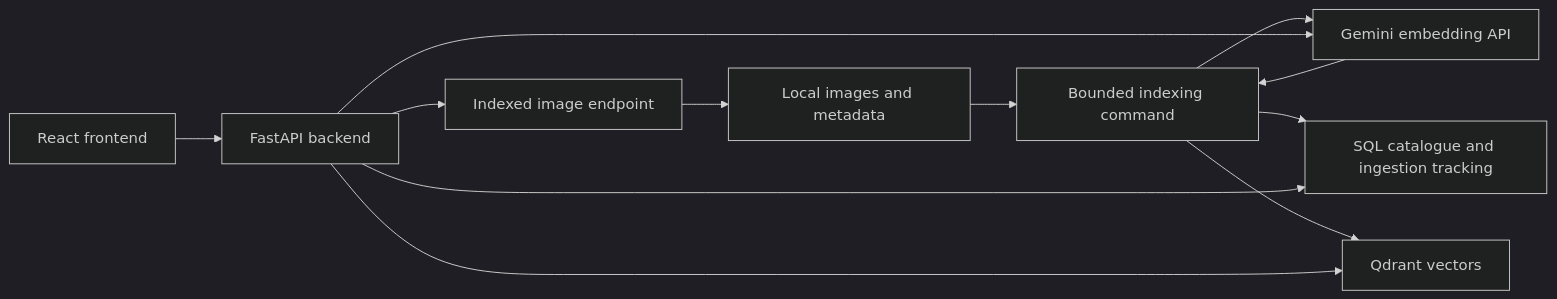
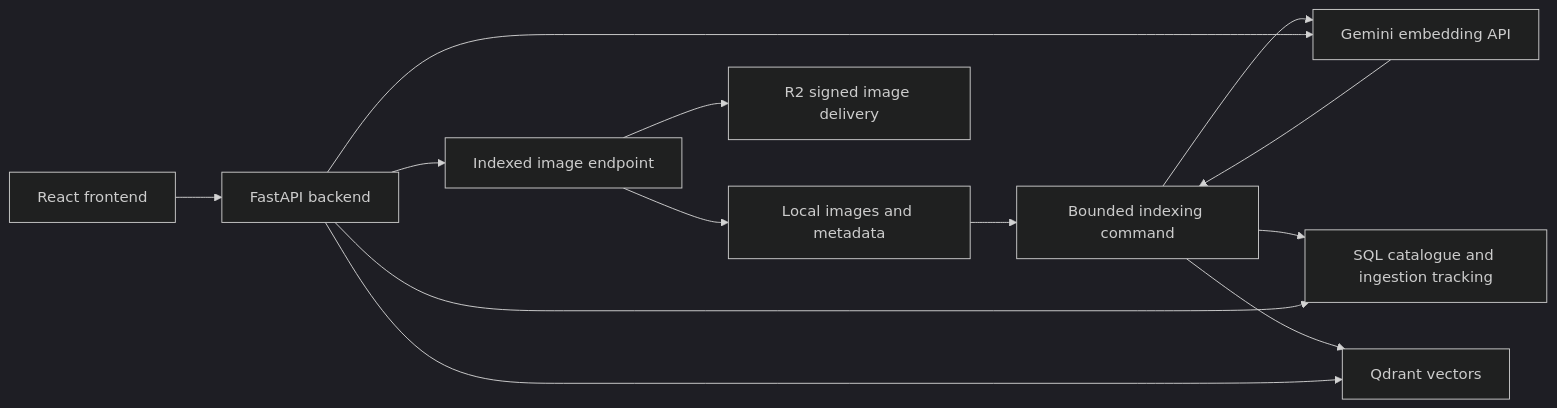
The diagram in docs/multimodal_search_spec.md (CoralLeiCN/multimodal), drawn with Mermaid (dark theme) before and after one commit. The commit also changed other lines of this file and 27 other files, not shown here.

````diff
--- a/docs/multimodal_search_spec.md
+++ b/docs/multimodal_search_spec.md
@@ -151,14 +151,15 @@
 ```mermaid
 flowchart LR
     D[Local images and metadata] --> I[Bounded indexing command]
     I --> G[Gemini embedding API]
     G --> I
     I --> S[SQL catalogue and ingestion tracking]
     I --> Q[Qdrant vectors]
     B[React frontend] --> A[FastAPI backend]
     A --> G
     A --> S
     A --> Q
     A --> M[Indexed image endpoint]
     M --> D
+    M --> R[R2 signed image delivery]
 ```
````
